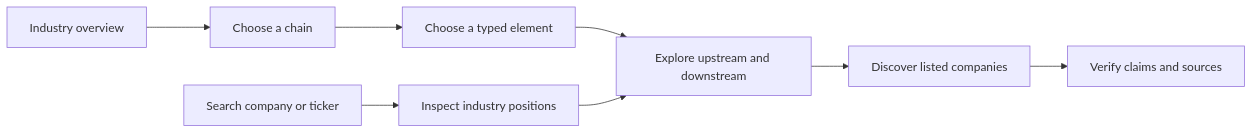
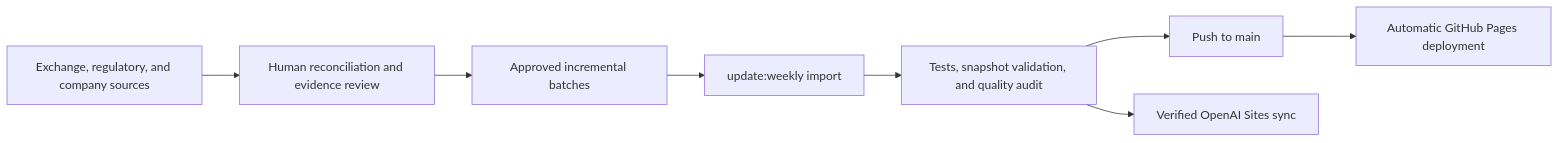
Before and after one commit to judefluen-coder/ai-chaingraph: the second of 3 diagrams in README.en.md, drawn with Mermaid. The commit also changed other lines of this file and 1 other file, not shown here.

````diff
--- a/README.en.md
+++ b/README.en.md
@@ -42,11 +128,10 @@
 ```mermaid
 flowchart LR
-    A["Industry overview"] --> B["Choose a chain"]
-    B --> C["Choose a typed element"]
-    C --> D["Explore upstream and downstream"]
-    D --> E["Discover listed companies"]
-    E --> F["Verify claims and sources"]
-
-    G["Search company or ticker"] --> H["Inspect industry positions"]
-    H --> D
+    A["Exchange, regulatory, and company sources"] --> B["Human reconciliation and evidence review"]
+    B --> C["Approved incremental batches"]
+    C --> D["update:weekly import"]
+    D --> E["Tests, snapshot validation, and quality audit"]
+    E --> F["Push to main"]
+    F --> G["Automatic GitHub Pages deployment"]
+    E --> H["Verified OpenAI Sites sync"]
 ```
````
